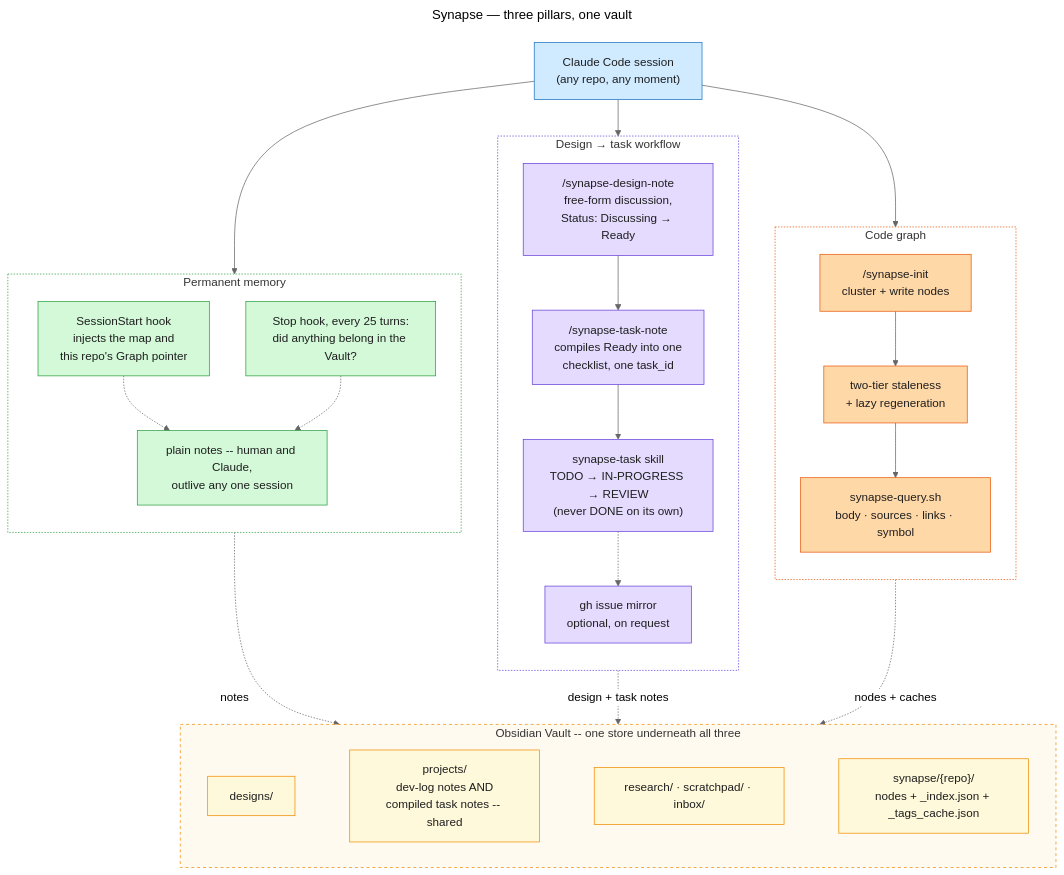
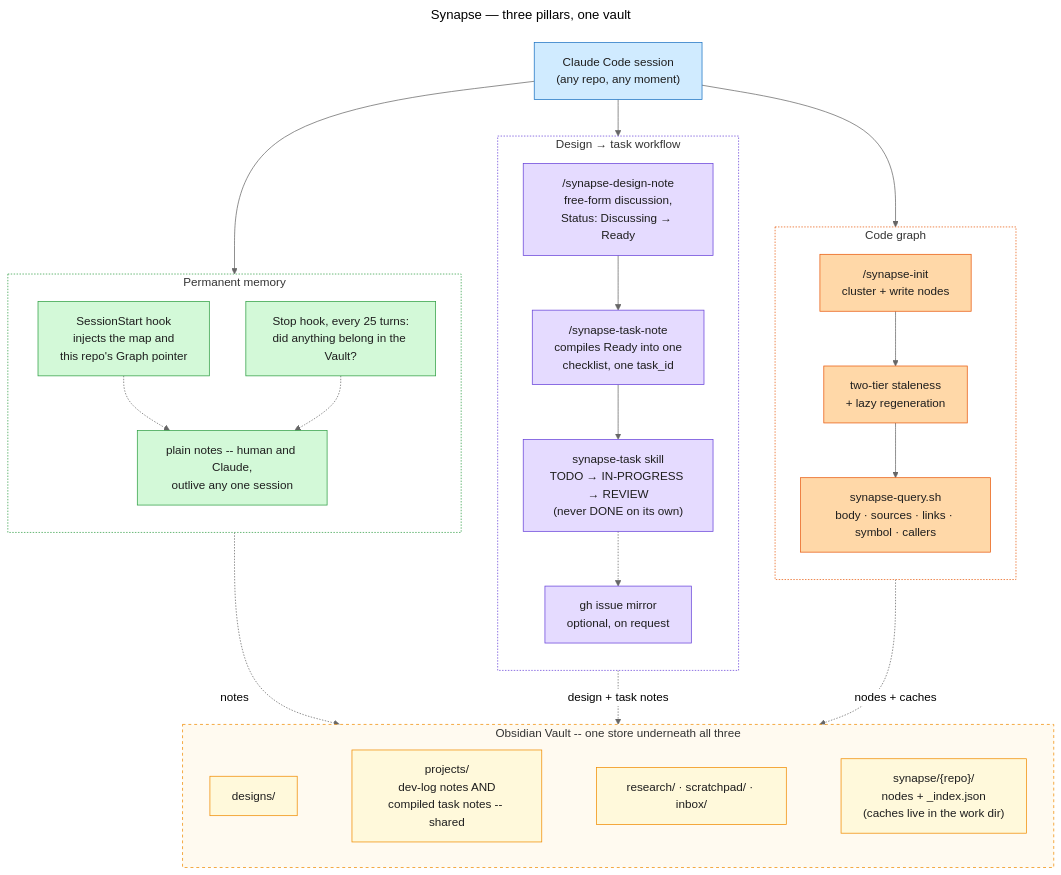
Before and after one commit to imunitic/second-brain-setup: the diagram in docs/diagrams/synapse-overview.mmd, drawn with Mermaid (neutral theme). The commit also changed 6 other files, not shown here.

First line of the commit message:
docs(callers): wire the new subcommand into the hook, skill and diagrams

```diff
--- a/docs/diagrams/synapse-overview.mmd
+++ b/docs/diagrams/synapse-overview.mmd
@@ -1,76 +1,76 @@
 ---
 title: Synapse — three pillars, one vault
 ---
 %% A capability-level map, not an architecture diagram -- docs/README.md's "three
 %% components" (Vault / Graph / Tools) describes what things ARE; this describes
 %% what a session actually GETS. The three pillar boxes are deliberately drawn the
 %% same size: the Graph is mechanically the most complex (two staleness tiers, a
 %% tags cache, tree-sitter), but conceptually it is one of three, not the main
 %% event -- sizing them equally is the point, not an oversight. (Subgraph titles
 %% stay one line on purpose -- a <br/> in a subgraph label, unlike a node label,
 %% collides with the first node instead of wrapping.)
 flowchart TB
     classDef session fill:#d0ebff,stroke:#1971c2,color:#1e1e1e
     classDef memory fill:#d3f9d8,stroke:#2f9e44,color:#1e1e1e
     classDef workflow fill:#e5dbff,stroke:#6741d9,color:#1e1e1e
     classDef codegraph fill:#ffd8a8,stroke:#e8590c,color:#1e1e1e
     classDef vault fill:#fff9db,stroke:#f08c00,color:#1e1e1e
 
     SESSION["Claude Code session<br/>(any repo, any moment)"]
 
     subgraph MEM["Permanent memory"]
         direction TB
         M1["SessionStart hook<br/>injects the map and<br/>this repo's Graph pointer"]
         M2["Stop hook, every 25 turns:<br/>did anything belong in the Vault?"]
         M3["plain notes -- human and Claude,<br/>outlive any one session"]
         M1 -.-> M3
         M2 -.-> M3
     end
 
     subgraph WORK["Design → task workflow"]
         direction TB
         W1["/synapse-design-note<br/>free-form discussion,<br/>Status: Discussing → Ready"]
         W2["/synapse-task-note<br/>compiles Ready into one<br/>checklist, one task_id"]
         W3["synapse-task skill<br/>TODO → IN-PROGRESS → REVIEW<br/>(never DONE on its own)"]
         W4["gh issue mirror<br/>optional, on request"]
         W1 --> W2 --> W3 -.-> W4
     end
 
     subgraph GRAPH["Code graph"]
         direction TB
         G1["/synapse-init<br/>cluster + write nodes"]
         G2["two-tier staleness<br/>+ lazy regeneration"]
-        G3["synapse-query.sh<br/>body · sources · links · symbol"]
+        G3["synapse-query.sh<br/>body · sources · links · symbol · callers"]
         G1 --> G2 --> G3
     end
 
     subgraph VAULT["Obsidian Vault -- one store underneath all three"]
         direction LR
         VDESIGNS["designs/"]
         VPROJECTS["projects/<br/>dev-log notes AND<br/>compiled task notes -- shared"]
         VRESEARCH["research/ · scratchpad/ · inbox/"]
-        VSYNAPSE["synapse/{repo}/<br/>nodes + _index.json + _tags_cache.json"]
+        VSYNAPSE["synapse/{repo}/<br/>nodes + _index.json<br/>(caches live in the work dir)"]
         VDESIGNS ~~~ VPROJECTS ~~~ VRESEARCH ~~~ VSYNAPSE
     end
 
     SESSION --> MEM
     SESSION --> WORK
     SESSION --> GRAPH
 
     %% One edge per pillar into the shared store, not a per-node fan-out --
     %% the point is "all three write here", not which exact folder each uses
     %% (that detail is one glance away inside the Vault box itself).
     MEM -.->|"notes"| VAULT
     WORK -.->|"design + task notes"| VAULT
     GRAPH -.->|"nodes + caches"| VAULT
 
     class SESSION session
     class M1,M2,M3 memory
     class W1,W2,W3,W4 workflow
     class G1,G2,G3 codegraph
     class VDESIGNS,VPROJECTS,VRESEARCH,VSYNAPSE vault
 
     style MEM fill:#ffffff,stroke:#2f9e44,stroke-dasharray:2 2
     style WORK fill:#ffffff,stroke:#6741d9,stroke-dasharray:2 2
     style GRAPH fill:#ffffff,stroke:#e8590c,stroke-dasharray:2 2
     style VAULT fill:#fffaf0,stroke:#f08c00,stroke-dasharray:4 4
```
